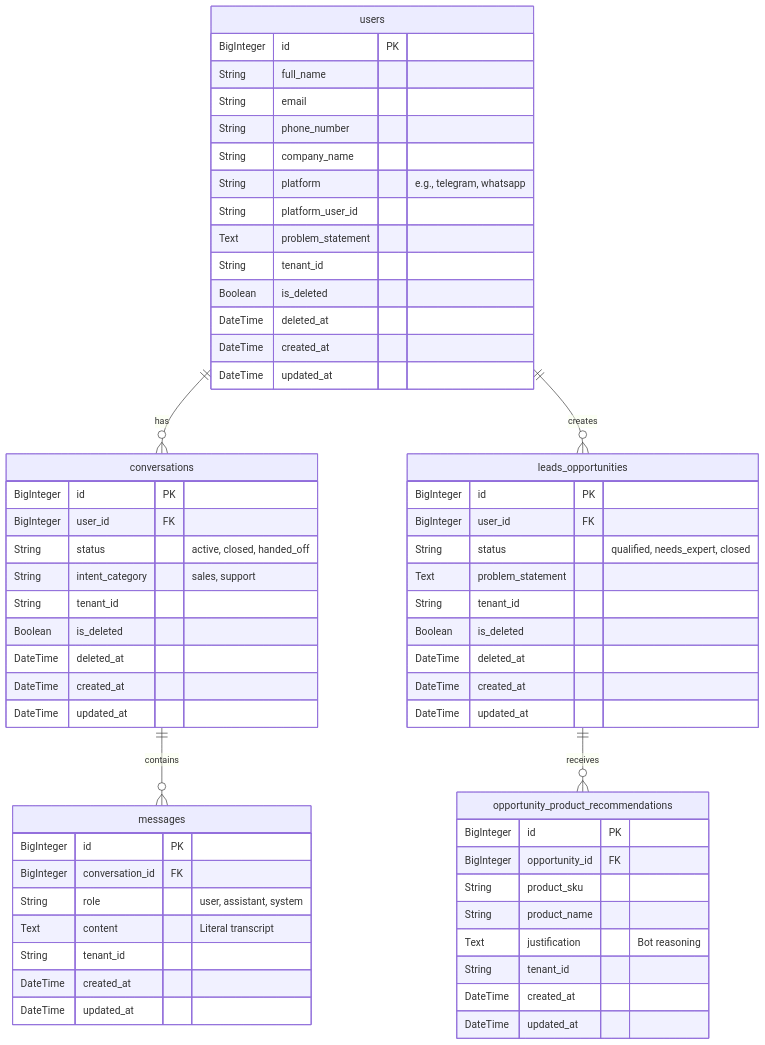
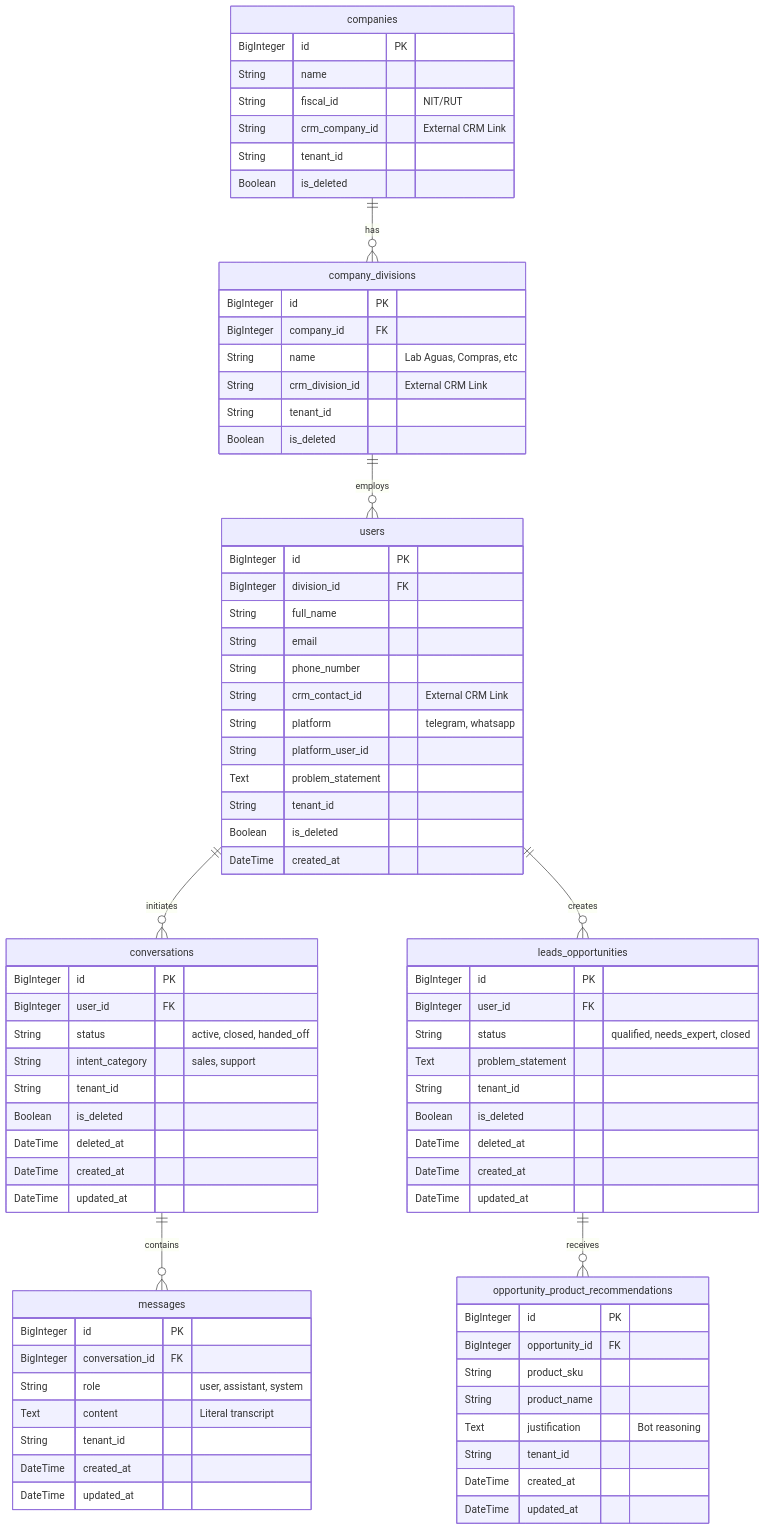
The diagram in README.md (rojecas/Agent-Commercial), drawn with Mermaid before and after one commit. The commit also changed other lines of this file and 13 other files, not shown here.

````diff
--- a/README.md
+++ b/README.md
@@ -29,24 +29,43 @@
 ```mermaid
 erDiagram
-    users ||--o{ conversations : "has"
+    companies ||--o{ company_divisions : "has"
+    company_divisions ||--o{ users : "employs"
+    users ||--o{ conversations : "initiates"
     users ||--o{ leads_opportunities : "creates"
     conversations ||--o{ messages : "contains"
     leads_opportunities ||--o{ opportunity_product_recommendations : "receives"
 
+    companies {
+        BigInteger id PK
+        String name
+        String fiscal_id "NIT/RUT"
+        String crm_company_id "External CRM Link"
+        String tenant_id
+        Boolean is_deleted
+    }
+
+    company_divisions {
+        BigInteger id PK
+        BigInteger company_id FK
+        String name "Lab Aguas, Compras, etc"
+        String crm_division_id "External CRM Link"
+        String tenant_id
+        Boolean is_deleted
+    }
+
     users {
         BigInteger id PK
+        BigInteger division_id FK
         String full_name
         String email
         String phone_number
-        String company_name
-        String platform "e.g., telegram, whatsapp"
+        String crm_contact_id "External CRM Link"
+        String platform "telegram, whatsapp"
         String platform_user_id
         Text problem_statement
         String tenant_id
         Boolean is_deleted
-        DateTime deleted_at
         DateTime created_at
-        DateTime updated_at
     }
 
     conversations {
````
